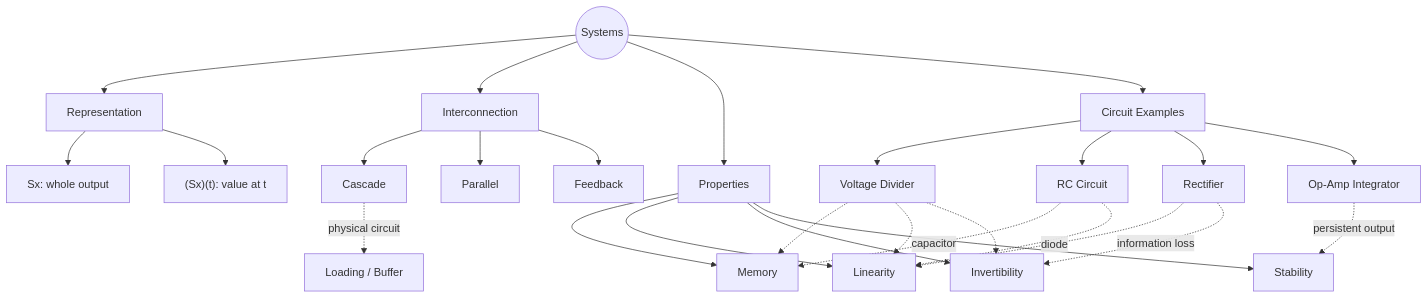
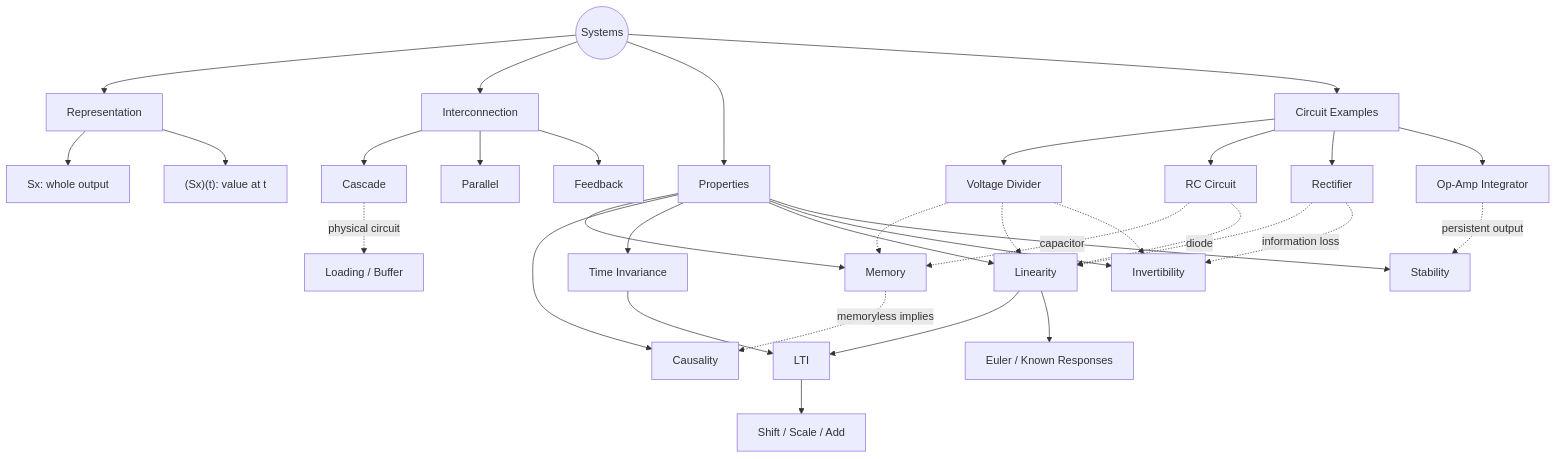
Before and after one commit to ZGQmoe/EEEN-20131-Notes: the diagram in chapter-3-systems-and-properties.md, drawn with Mermaid. The commit also changed other lines of this file and 1 other file, not shown here.

````diff
--- a/chapter-3-systems-and-properties.md
+++ b/chapter-3-systems-and-properties.md
@@ -13,36 +13,43 @@
 ```mermaid
 flowchart TD
     R((Systems))
 
     R --> RP[Representation]
     R --> IC[Interconnection]
     R --> PR[Properties]
     R --> CE[Circuit Examples]
 
     RP --> SX["Sx: whole output"]
     RP --> ST["(Sx)(t): value at t"]
 
     IC --> CA[Cascade]
     IC --> PA[Parallel]
     IC --> FB[Feedback]
     CA -. physical circuit .-> LO["Loading / Buffer"]
 
     PR --> ME[Memory]
+    PR --> CU[Causality]
+    PR --> TI[Time Invariance]
     PR --> LI[Linearity]
     PR --> IN[Invertibility]
     PR --> SB[Stability]
+    ME -. memoryless implies .-> CU
+    TI --> LT[LTI]
+    LI --> LT
+    LT --> PU["Shift / Scale / Add"]
+    LI --> EU["Euler / Known Responses"]
 
     CE --> VD[Voltage Divider]
     CE --> RC[RC Circuit]
     CE --> DR[Rectifier]
     CE --> OI["Op-Amp Integrator"]
 
     VD -.-> ME
     VD -.-> LI
     VD -.-> IN
     RC -. capacitor .-> ME
     RC -.-> LI
     DR -. diode .-> LI
     DR -. information loss .-> IN
     OI -. persistent output .-> SB
 ```
````
